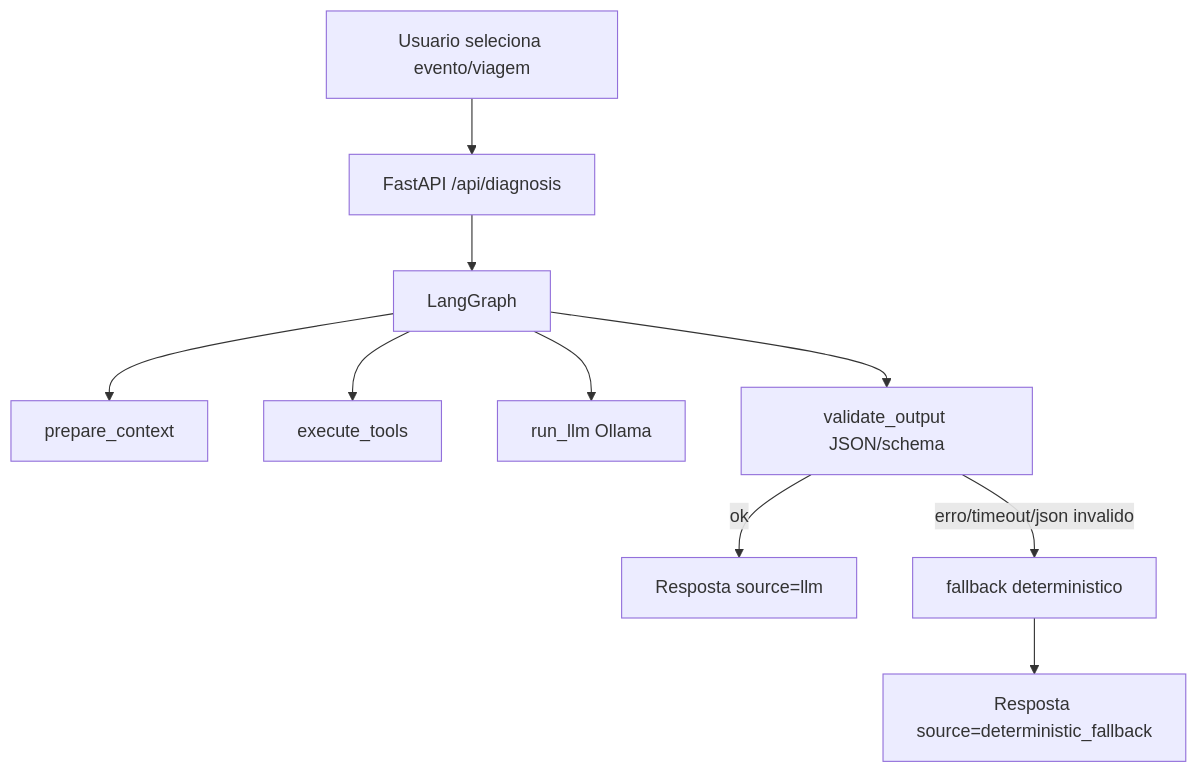
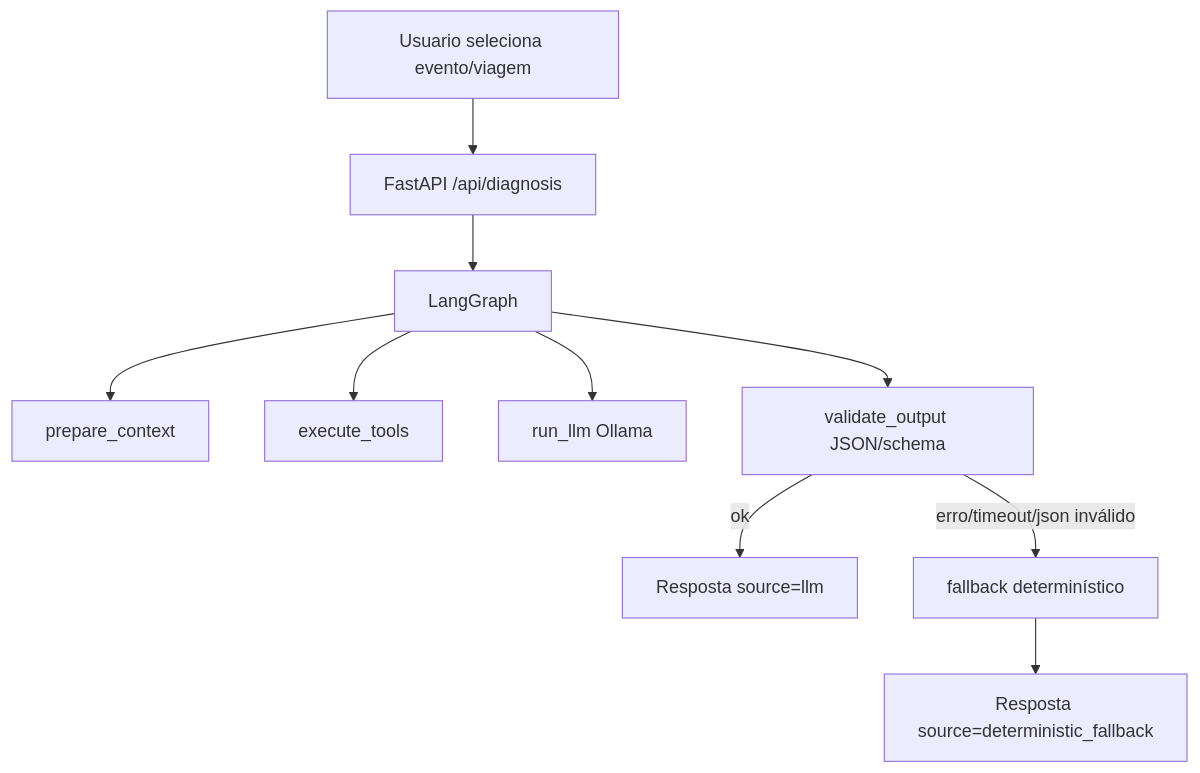
Before and after one commit to nathan-arrais/fleetdoctor: the diagram in README.md, drawn with Mermaid. The commit also changed other lines of this file and 32 other files, not shown here.

````diff
--- a/README.md
+++ b/README.md
@@ -25,12 +25,12 @@
 ```mermaid
 flowchart TD
     A[Usuario seleciona evento/viagem] --> B[FastAPI /api/diagnosis]
     B --> C[LangGraph]
     C --> C1[prepare_context]
     C --> C2[execute_tools]
     C --> C3[run_llm Ollama]
     C --> C4[validate_output JSON/schema]
     C4 -->|ok| D[Resposta source=llm]
-    C4 -->|erro/timeout/json invalido| E[fallback deterministico]
+    C4 -->|erro/timeout/json inválido| E[fallback determinístico]
     E --> F[Resposta source=deterministic_fallback]
 ```
````
